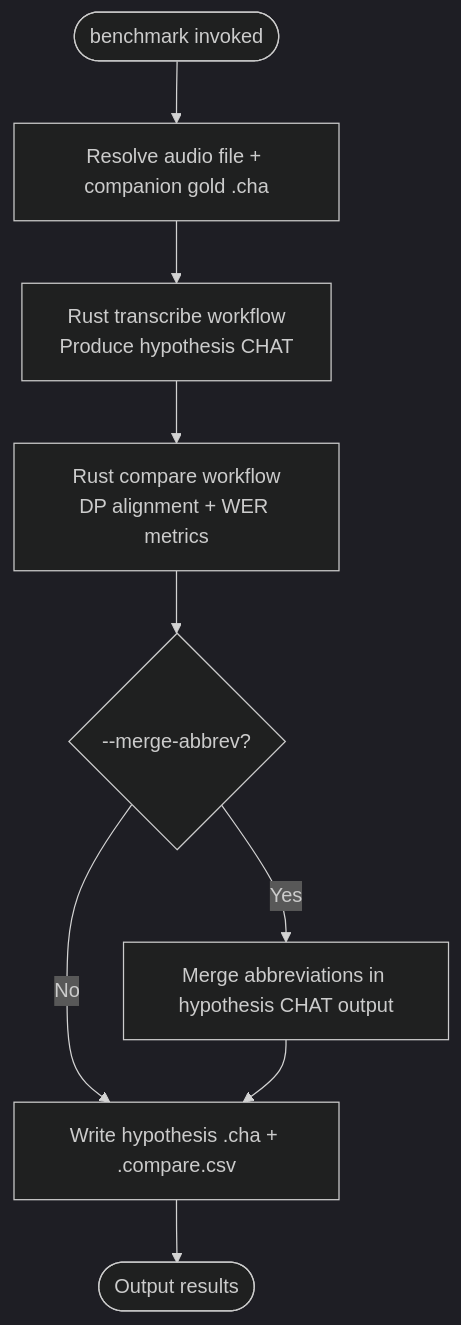
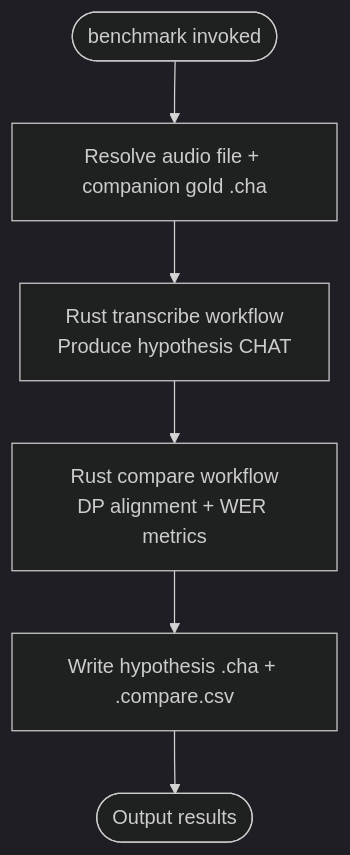
One commit to FranklinChen/talkbank-tools changed the diagram in book/src/batchalign/user-guide/commands/benchmark.md. Above: the diagram before and after it, drawn with Mermaid (dark theme). The commit also changed other lines of this file and 523 other files, not shown here.

````diff
--- a/book/src/batchalign/user-guide/commands/benchmark.md
+++ b/book/src/batchalign/user-guide/commands/benchmark.md
@@ -34,11 +34,8 @@
 ```mermaid
 flowchart TD
     start([benchmark invoked]) --> resolve[Resolve audio file + companion gold .cha]
     resolve --> transcribe[Rust transcribe workflow\nProduce hypothesis CHAT]
     transcribe --> compare[Rust compare workflow\nDP alignment + WER metrics]
-    compare --> merge_check{--merge-abbrev?}
-    merge_check -->|Yes| merge[Merge abbreviations in hypothesis CHAT output]
-    merge_check -->|No| output
-    merge --> output[Write hypothesis .cha + .compare.csv]
+    compare --> output[Write hypothesis .cha + .compare.csv]
     output --> done([Output results])
 ```
````
